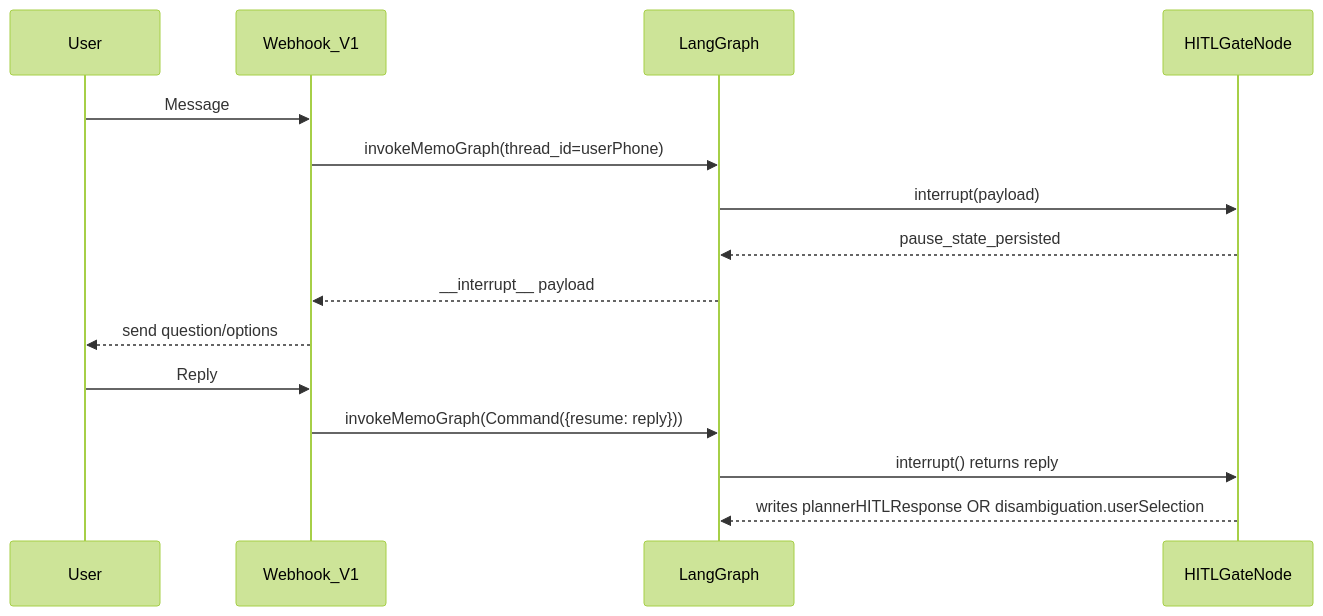
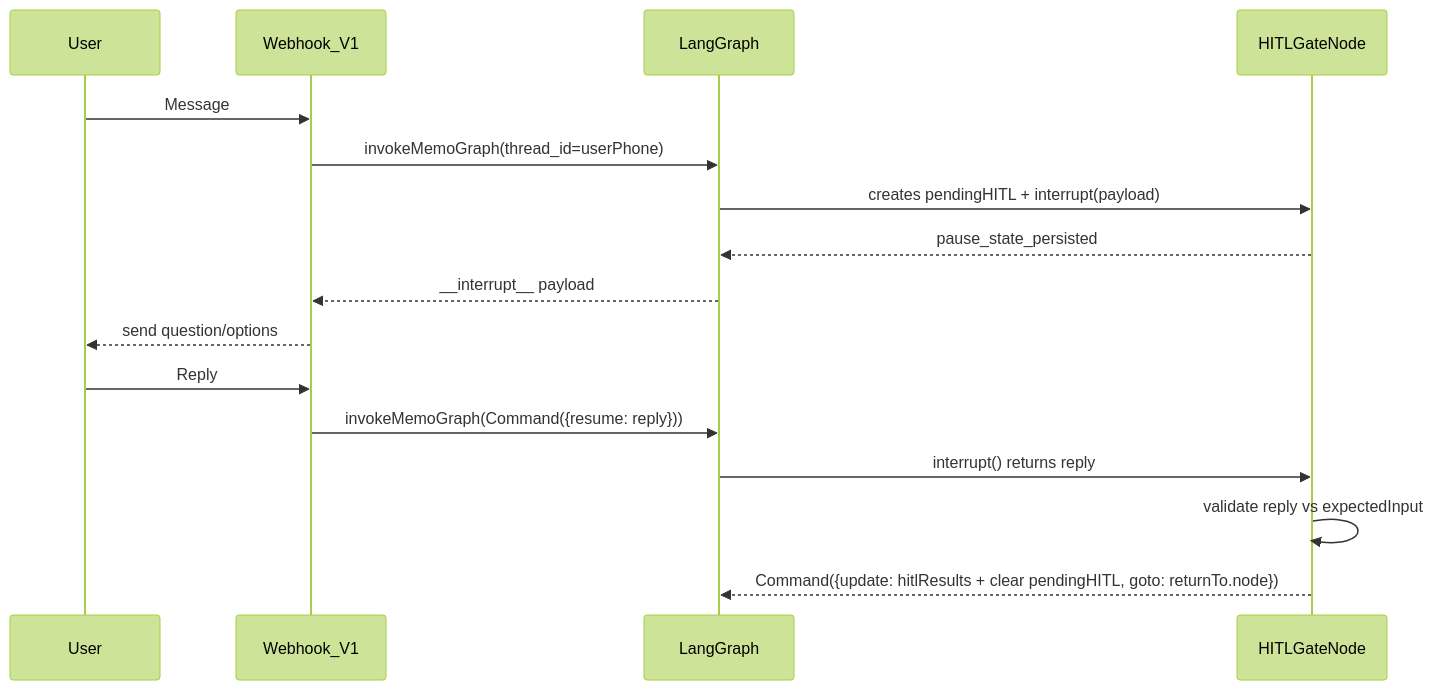
One commit to shonhazan123/whatsapp_ai_assistant- changed the third of 5 diagrams in Memo_v2/docs/SYSTEM_DIAGRAM.md. Above: the diagram before and after it, drawn with Mermaid (forest theme). The commit also changed other lines of this file and 19 other files, not shown here.

````diff
--- a/Memo_v2/docs/SYSTEM_DIAGRAM.md
+++ b/Memo_v2/docs/SYSTEM_DIAGRAM.md
@@ -50,19 +70,20 @@
 ```mermaid
 sequenceDiagram
     participant User
     participant Webhook as Webhook_V1
     participant Graph as LangGraph
     participant HITL as HITLGateNode
 
     User->>Webhook: Message
     Webhook->>Graph: invokeMemoGraph(thread_id=userPhone)
-    Graph->>HITL: interrupt(payload)
+    Graph->>HITL: creates pendingHITL + interrupt(payload)
     HITL-->>Graph: pause_state_persisted
     Graph-->>Webhook: __interrupt__ payload
     Webhook-->>User: send question/options
 
     User->>Webhook: Reply
     Webhook->>Graph: invokeMemoGraph(Command({resume: reply}))
     Graph->>HITL: interrupt() returns reply
-    HITL-->>Graph: writes plannerHITLResponse OR disambiguation.userSelection
+    HITL->>HITL: validate reply vs expectedInput
+    HITL-->>Graph: Command({update: hitlResults + clear pendingHITL, goto: returnTo.node})
 ```
````
